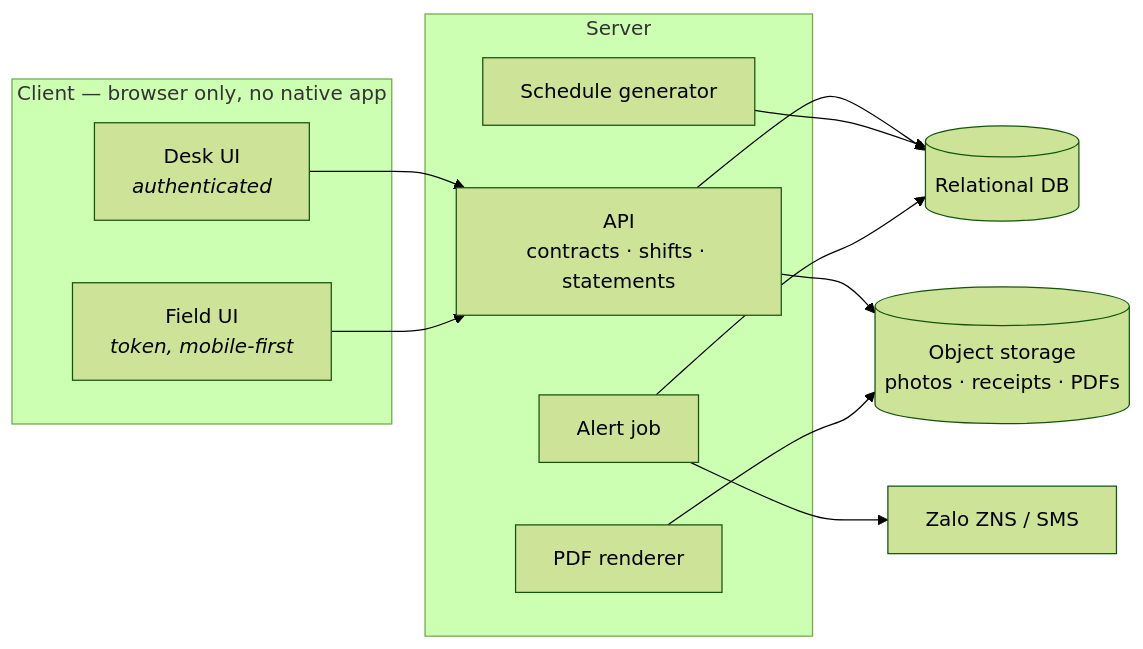
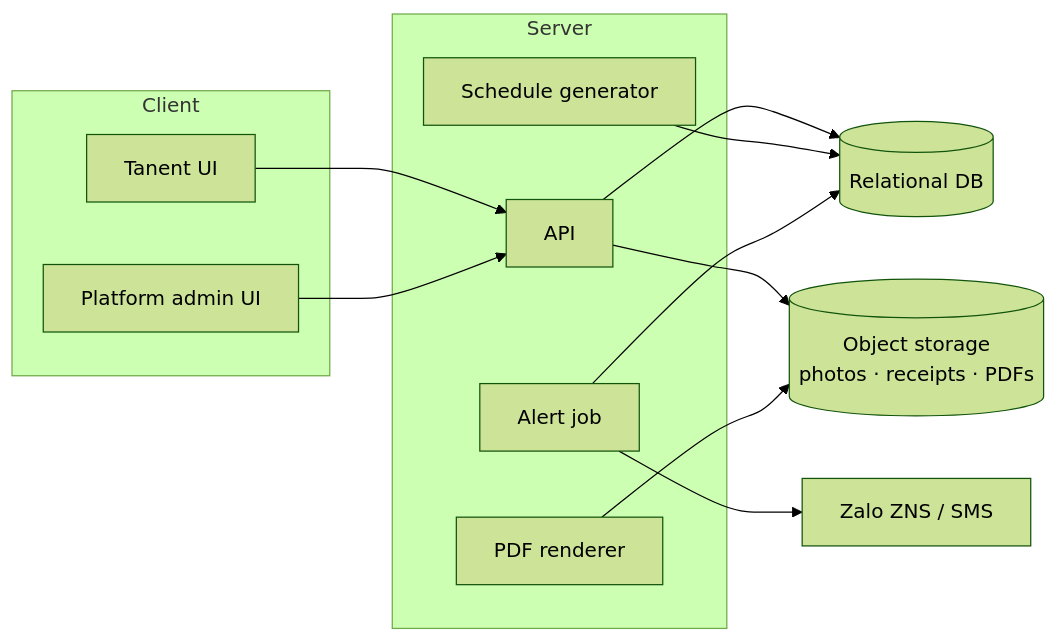
The second of 4 diagrams in docs/03-architecture.md (dDxCg/contrack), drawn with Mermaid (forest theme) before and after one commit. The commit also changed other lines of this file and 25 other files, not shown here.

Commit message:
resolve docs drift between erd, api and requirements, update repo layout. Fix employee hard delete to soft delete that match with requirements

````diff
--- a/docs/03-architecture.md
+++ b/docs/03-architecture.md
@@ -123,27 +113,27 @@
 ```mermaid
 flowchart LR
-    subgraph client["Client — browser only, no native app"]
-        desk_ui["Desk UI<br/><i>authenticated</i>"]
-        field_ui["Field UI<br/><i>token, mobile-first</i>"]
+    subgraph client["Client"]
+        tanent_ui["Tanent UI"]
+        platform_ui["Platform admin UI"]
     end
 
     subgraph server["Server"]
-        api["API<br/>contracts · shifts · statements"]
+        api["API"]
         gen["Schedule generator"]
         alerts["Alert job"]
         pdf["PDF renderer"]
     end
 
     db[("Relational DB")]
     store[("Object storage<br/>photos · receipts · PDFs")]
     channel["Zalo ZNS / SMS"]
 
-    desk_ui --> api
-    field_ui --> api
+    tanent_ui --> api
+    platform_ui --> api
     api --> db
     api --> store
     gen --> db
     alerts --> db
     alerts --> channel
     pdf --> store
 ```
````
